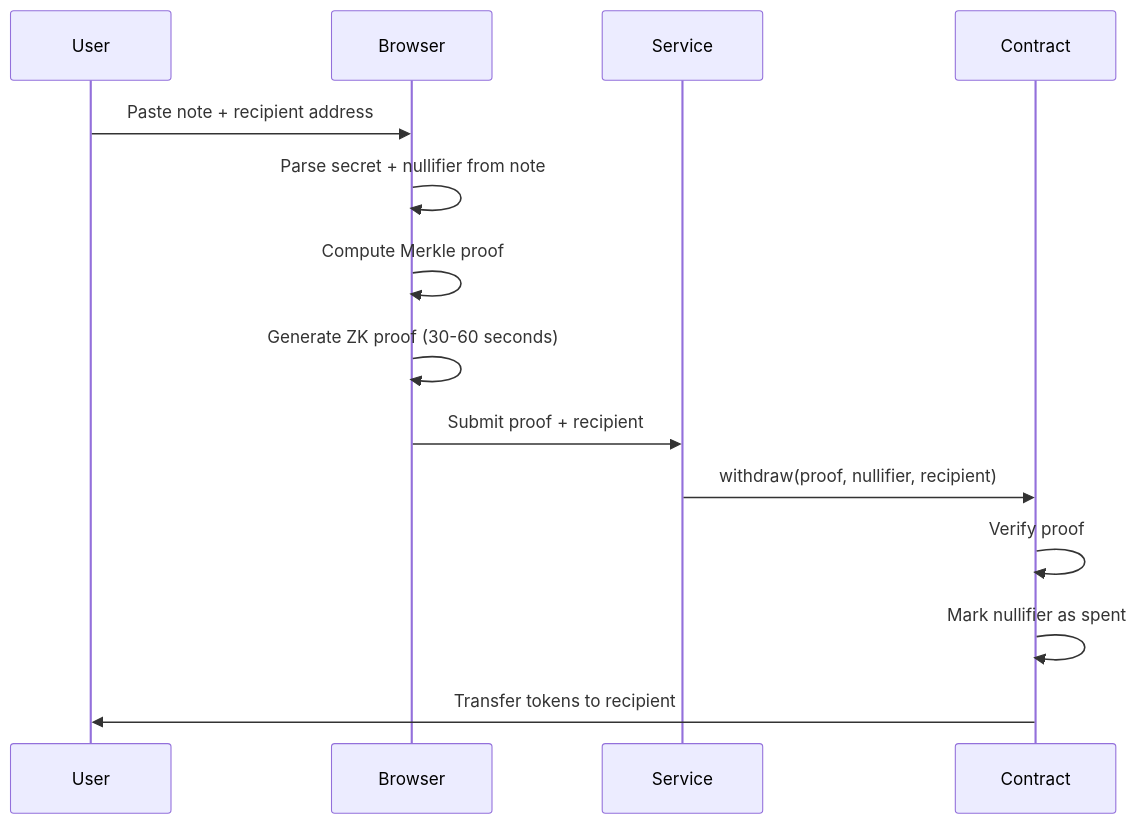
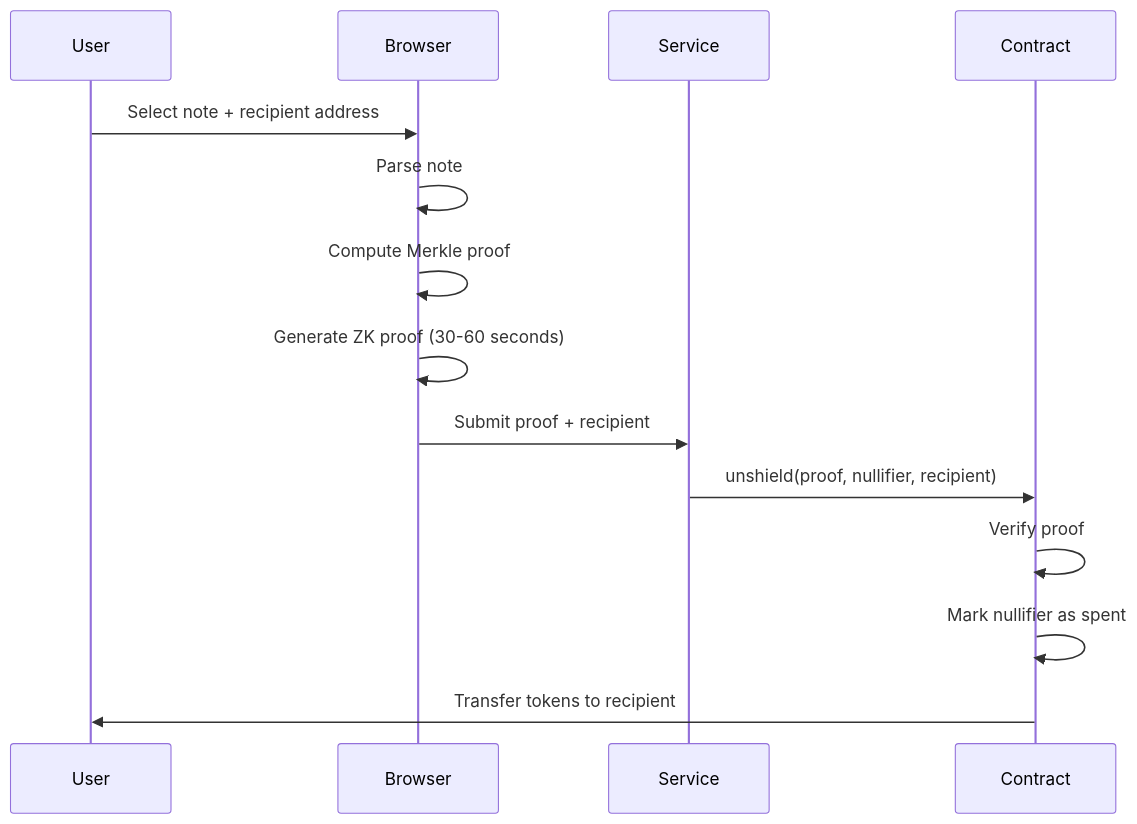
One commit to notfartdev/zdoge changed the third of 3 diagrams in docs/docs/how-it-works.md. Above: the diagram before and after it, drawn with Mermaid. The commit also changed other lines of this file and 28 other files, not shown here.

````diff
--- a/docs/docs/how-it-works.md
+++ b/docs/docs/how-it-works.md
@@ -106,17 +146,17 @@
 ```mermaid
 sequenceDiagram
     participant User
     participant Browser
     participant Service
     participant Contract
     
-    User->>Browser: Paste note + recipient address
-    Browser->>Browser: Parse secret + nullifier from note
+    User->>Browser: Select note + recipient address
+    Browser->>Browser: Parse note
     Browser->>Browser: Compute Merkle proof
     Browser->>Browser: Generate ZK proof (30-60 seconds)
     Browser->>Service: Submit proof + recipient
-    Service->>Contract: withdraw(proof, nullifier, recipient)
+    Service->>Contract: unshield(proof, nullifier, recipient)
     Contract->>Contract: Verify proof
     Contract->>Contract: Mark nullifier as spent
     Contract->>User: Transfer tokens to recipient
 ```
````
